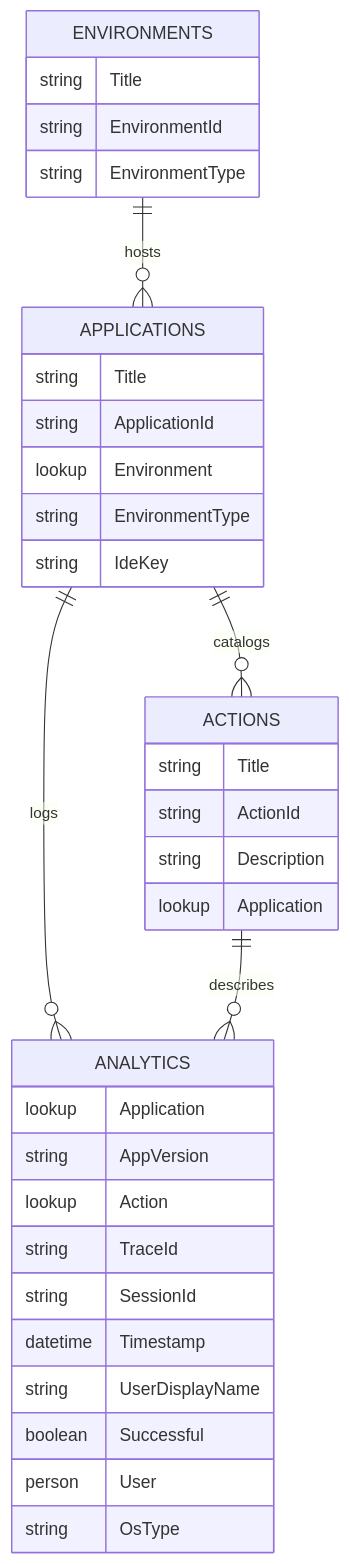
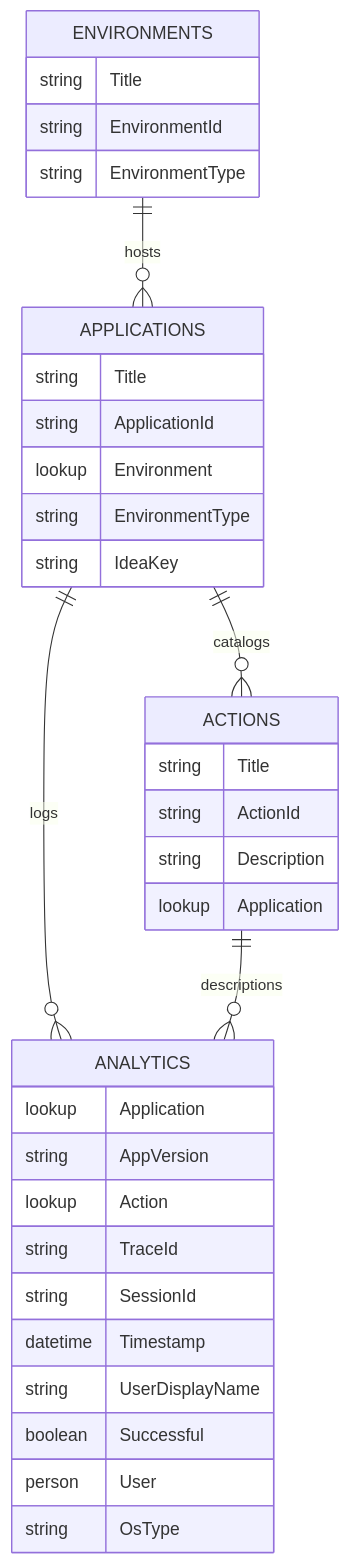
Before and after one commit to krystofpe/krystofpe_blog: the first of 2 diagrams in _posts/2026-03-04-custom-logging-canvas-apps.md, drawn with Mermaid.

````diff
--- a/_posts/2026-03-04-custom-logging-canvas-apps.md
+++ b/_posts/2026-03-04-custom-logging-canvas-apps.md
@@ -21,38 +21,38 @@
 ```mermaid
 erDiagram
     ENVIRONMENTS ||--o{ APPLICATIONS : hosts
     APPLICATIONS ||--o{ ACTIONS : catalogs
     APPLICATIONS ||--o{ ANALYTICS : logs
-    ACTIONS ||--o{ ANALYTICS : describes
+    ACTIONS ||--o{ ANALYTICS : descriptions
 
     ENVIRONMENTS {
         string Title
         string EnvironmentId
         string EnvironmentType
     }
     APPLICATIONS {
         string Title
         string ApplicationId
         lookup Environment
         string EnvironmentType
-        string IdeKey
+        string IdeaKey
     }
     ACTIONS {
         string Title
         string ActionId
         string Description
         lookup Application
     }
     ANALYTICS {
         lookup Application
         string AppVersion
         lookup Action
         string TraceId
         string SessionId
         datetime Timestamp
         string UserDisplayName
         boolean Successful
         person User
         string OsType
     }
 ```
````
